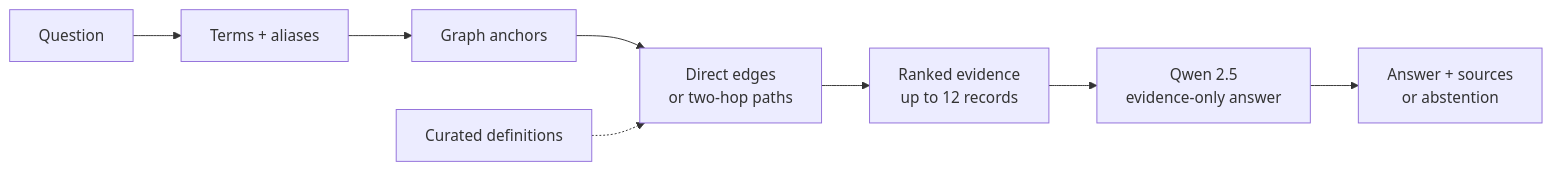
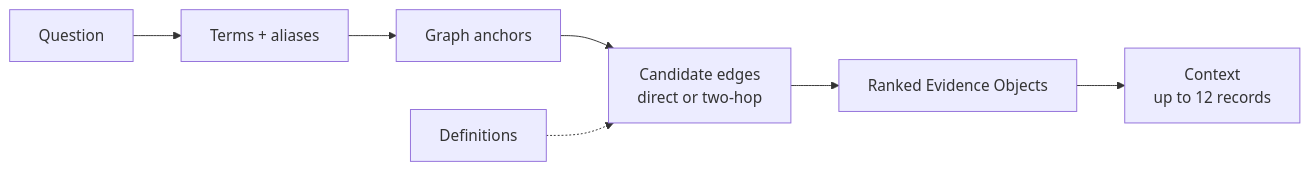
One commit to anthonylitwin/med-graph-rag changed the ninth of 12 diagrams in docs/capstone_presentation.md. Above: the diagram before and after it, drawn with Mermaid. The commit also changed other lines of this file, not shown here.

````diff
--- a/docs/capstone_presentation.md
+++ b/docs/capstone_presentation.md
@@ -391,10 +455,9 @@
 ```mermaid
 flowchart LR
     Q["Question"] --> T["Terms + aliases"]
     T --> A["Graph anchors"]
-    A --> E["Direct edges<br/>or two-hop paths"]
-    D["Curated definitions"] -.-> E
-    E --> C["Ranked evidence<br/>up to 12 records"]
-    C --> L["Qwen 2.5<br/>evidence-only answer"]
-    L --> O["Answer + sources<br/>or abstention"]
+    A --> E["Candidate edges<br/>direct or two-hop"]
+    D["Definitions"] -.-> E
+    E --> R["Ranked Evidence Objects"]
+    R --> C["Context<br/>up to 12 records"]
 ```
````
